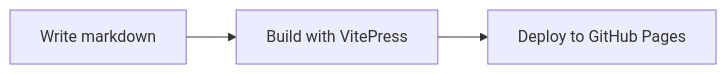
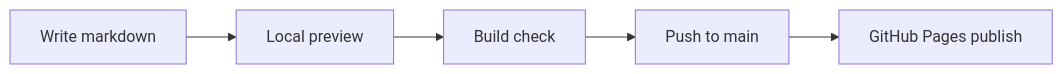
The diagram in docs/index.md (dandange8005/agent-academy-bootstrap), drawn with Mermaid before and after one commit. The commit also changed other lines of this file and 8 other files, not shown here.

````diff
--- a/docs/index.md
+++ b/docs/index.md
@@ -13,5 +33,7 @@
 ```mermaid
 flowchart LR
-  A[Write markdown] --> B[Build with VitePress]
-  B --> C[Deploy to GitHub Pages]
+  A[Write markdown] --> B[Local preview]
+  B --> C[Build check]
+  C --> D[Push to main]
+  D --> E[GitHub Pages publish]
 ```
````
